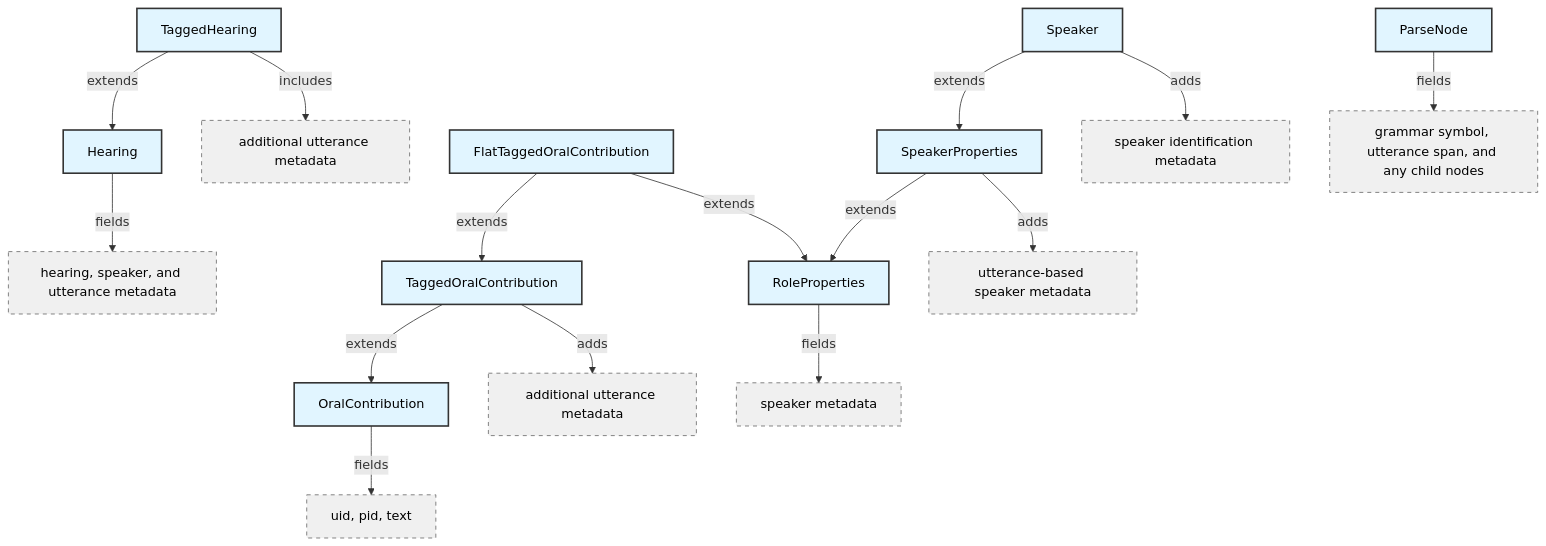
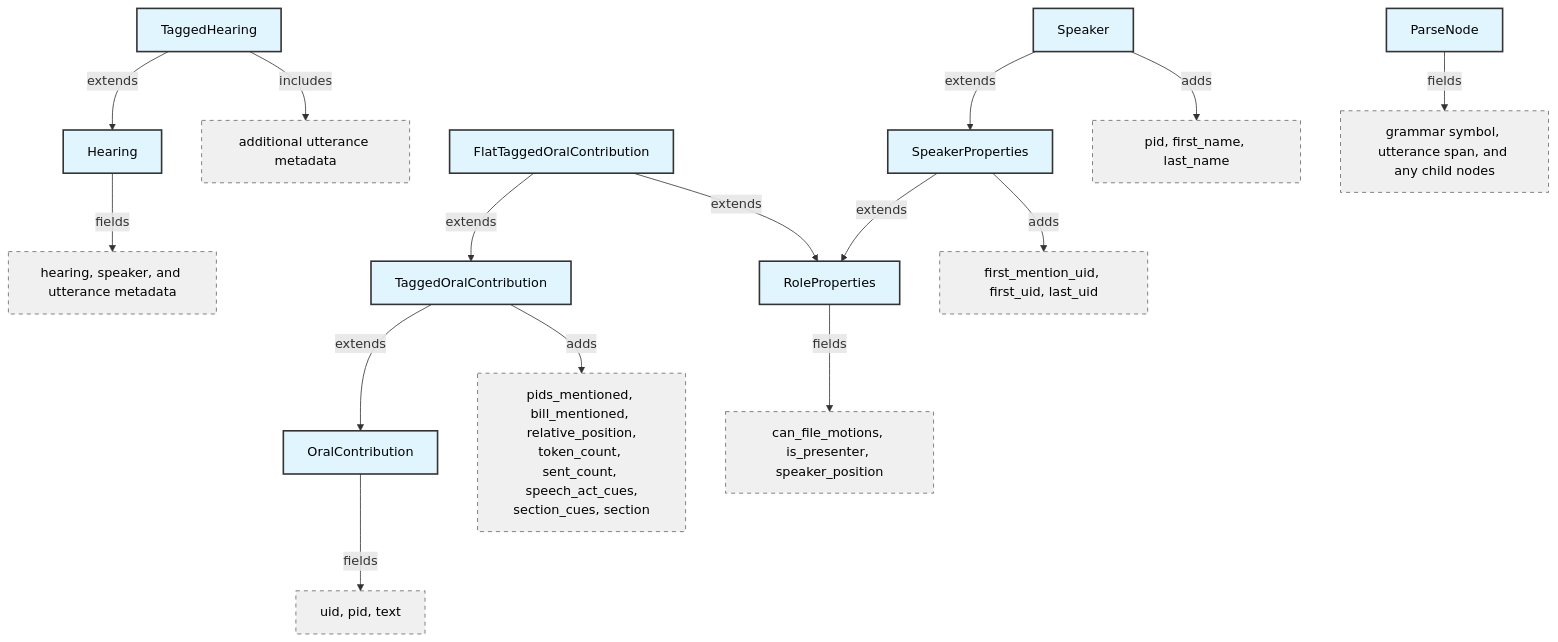
One commit to IsaacFigNewton/CommitteeHearingDiscourseParser changed the first of 2 diagrams in README.md. Above: the diagram before and after it, drawn with Mermaid. The commit also changed other lines of this file and 1 other file, not shown here.

Commit message:
update ngram analysis and mermaid diagrams

````diff
--- a/README.md
+++ b/README.md
@@ -85,40 +85,40 @@
 ```mermaid
 graph TD
     %% Hearing hierarchy
     Hearing[Hearing]
     Hearing -->|fields| hearing_fields["hearing, speaker, and utterance metadata"]
     TaggedHearing[TaggedHearing]
     TaggedHearing -->|extends| Hearing
     TaggedHearing -->|includes| tagged_fields["additional utterance metadata"]
 
     %% OralContribution hierarchy
     OralContribution[OralContribution]
     OralContribution -->|fields| oral_fields["uid, pid, text"]
     TaggedOralContribution[TaggedOralContribution]
     TaggedOralContribution -->|extends| OralContribution
-    TaggedOralContribution -->|adds| tagged_oral_fields["additional utterance metadata"]
+    TaggedOralContribution -->|adds| tagged_oral_fields["pids_mentioned, bill_mentioned, relative_position,<br/>token_count, sent_count, speech_act_cues,<br/>section_cues, section"]
     FlatTaggedOralContribution[FlatTaggedOralContribution]
     FlatTaggedOralContribution -->|extends| TaggedOralContribution
     FlatTaggedOralContribution -->|extends| RoleProperties
 
     %% Speaker property hierarchy
     RoleProperties[RoleProperties]
-    RoleProperties -->|fields| role_fields["speaker metadata"]
+    RoleProperties -->|fields| role_fields["can_file_motions, is_presenter, speaker_position"]
     SpeakerProperties[SpeakerProperties]
     SpeakerProperties -->|extends| RoleProperties
-    SpeakerProperties -->|adds| tracking_fields["utterance-based speaker metadata"]
+    SpeakerProperties -->|adds| tracking_fields["first_mention_uid, first_uid, last_uid"]
     Speaker[Speaker]
     Speaker -->|extends| SpeakerProperties
-    Speaker -->|adds| speaker_fields["speaker identification metadata"]
+    Speaker -->|adds| speaker_fields["pid, first_name, last_name"]
 
     %% Other classes
     ParseNode[ParseNode]
     ParseNode -->|fields| parse_fields["grammar symbol, utterance span, and any child nodes"]
 
     %% Styling
     classDef dataclass fill:#e1f5ff,stroke:#333,stroke-width:2px,color:#000
     classDef fieldNode fill:#f0f0f0,stroke:#666,stroke-width:1px,color:#000,stroke-dasharray: 5 5
 
-    class Hearing,TaggedHearing,OralContribution,TaggedOralContribution,FlatTaggedOralContribution,RoleProperties,PositionRoleProperties,SpeakerProperties,Speaker,ParseNode dataclass
-    class hearing_fields,tagged_fields,oral_fields,tagged_oral_fields,role_fields,position_fields,tracking_fields,speaker_fields,parse_fields fieldNode
+    class Hearing,TaggedHearing,OralContribution,TaggedOralContribution,FlatTaggedOralContribution,RoleProperties,SpeakerProperties,Speaker,ParseNode dataclass
+    class hearing_fields,tagged_fields,oral_fields,tagged_oral_fields,role_fields,tracking_fields,speaker_fields,parse_fields fieldNode
 ```
````
